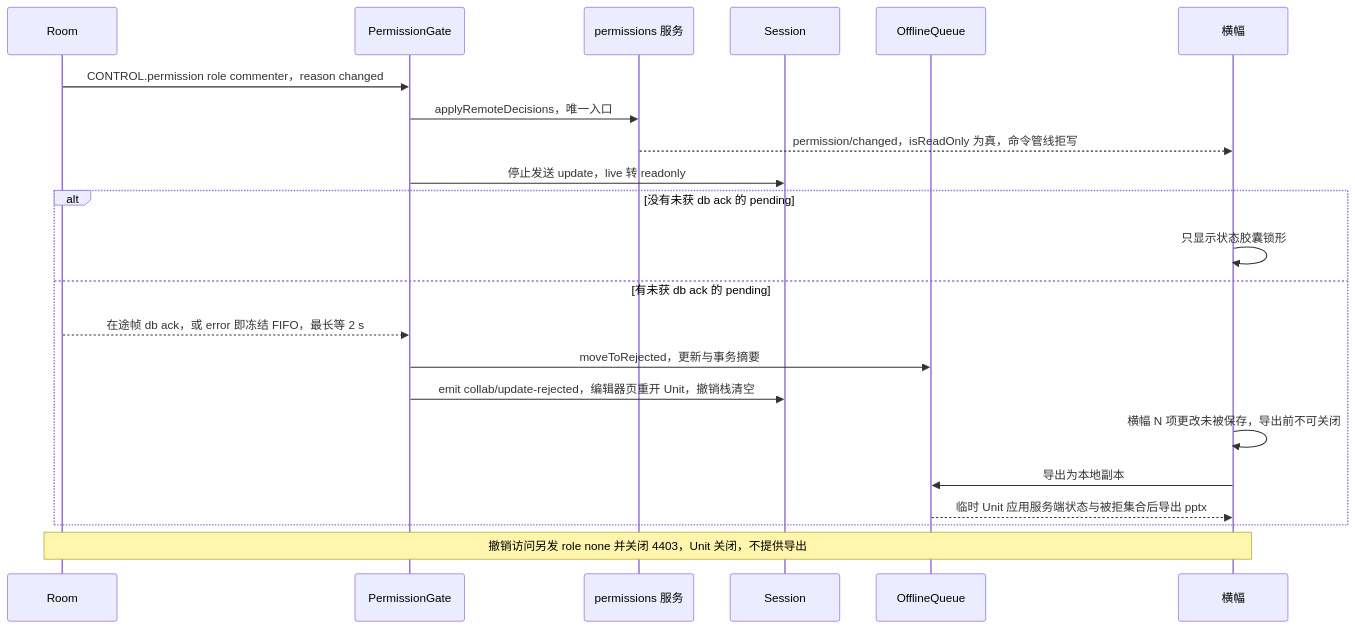
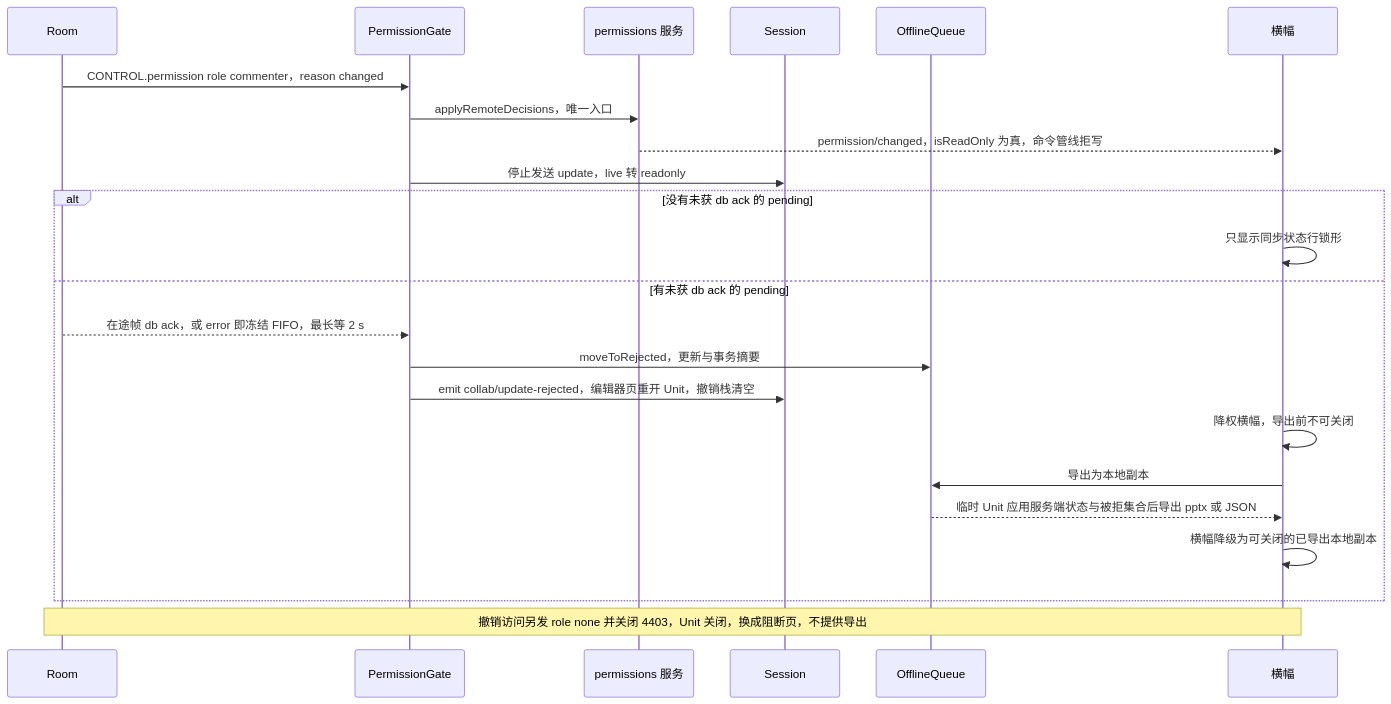
One commit to Xeonice/cordis-ppt-editor changed the tenth of 14 diagrams in docs/50-frontend/07-collaboration-client.md. Above: the diagram before and after it, drawn with Mermaid. The commit also changed other lines of this file and 25 other files, not shown here.

````diff
--- a/docs/50-frontend/07-collaboration-client.md
+++ b/docs/50-frontend/07-collaboration-client.md
@@ -503,24 +515,25 @@
 ```mermaid
 sequenceDiagram
   participant R as Room
   participant PG as PermissionGate
   participant P as permissions 服务
   participant S as Session
   participant OQ as OfflineQueue
   participant UI as 横幅
   R->>PG: CONTROL.permission role commenter，reason changed
   PG->>P: applyRemoteDecisions，唯一入口
   P-->>UI: permission/changed，isReadOnly 为真，命令管线拒写
   PG->>S: 停止发送 update，live 转 readonly
   alt 没有未获 db ack 的 pending
-    UI->>UI: 只显示状态胶囊锁形
+    UI->>UI: 只显示同步状态行锁形
   else 有未获 db ack 的 pending
     R-->>PG: 在途帧 db ack，或 error 即冻结 FIFO，最长等 2 s
     PG->>OQ: moveToRejected，更新与事务摘要
     PG->>S: emit collab/update-rejected，编辑器页重开 Unit，撤销栈清空
-    UI->>UI: 横幅 N 项更改未被保存，导出前不可关闭
+    UI->>UI: 降权横幅，导出前不可关闭
     UI->>OQ: 导出为本地副本
-    OQ-->>UI: 临时 Unit 应用服务端状态与被拒集合后导出 pptx
+    OQ-->>UI: 临时 Unit 应用服务端状态与被拒集合后导出 pptx 或 JSON
+    UI->>UI: 横幅降级为可关闭的已导出本地副本
   end
-  Note over R,UI: 撤销访问另发 role none 并关闭 4403，Unit 关闭，不提供导出
+  Note over R,UI: 撤销访问另发 role none 并关闭 4403，Unit 关闭，换成阻断页，不提供导出
 ```
````
